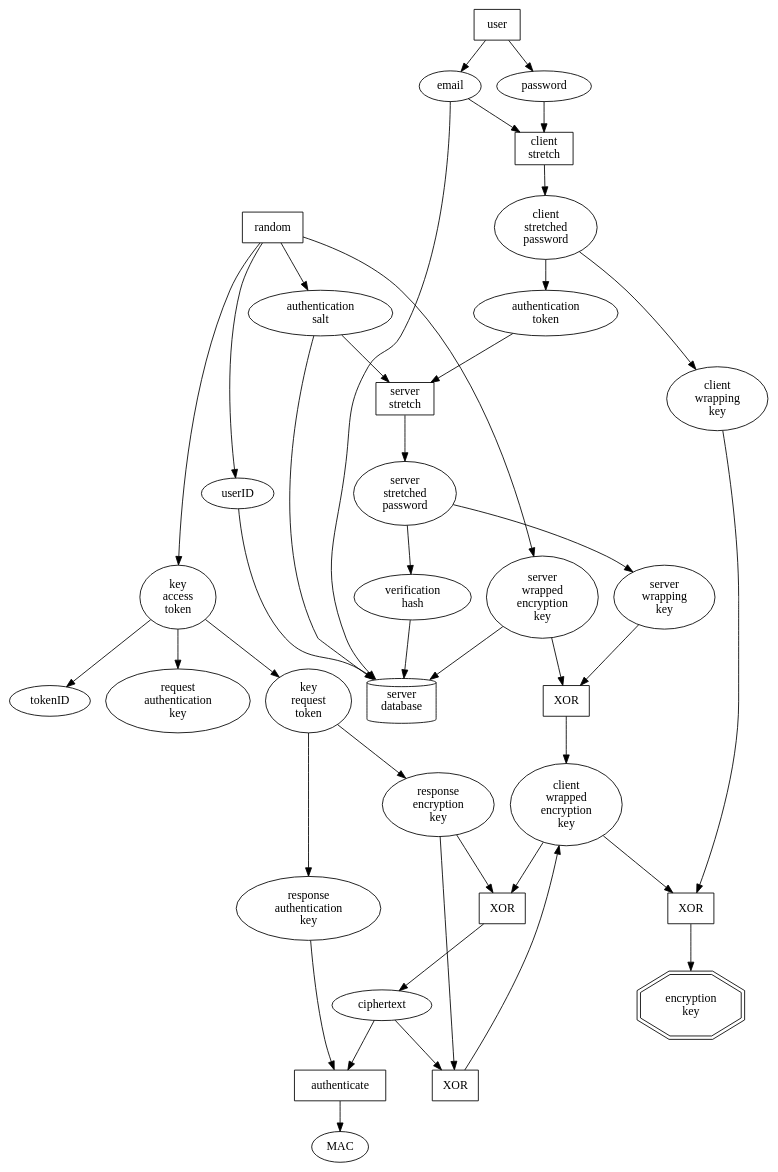
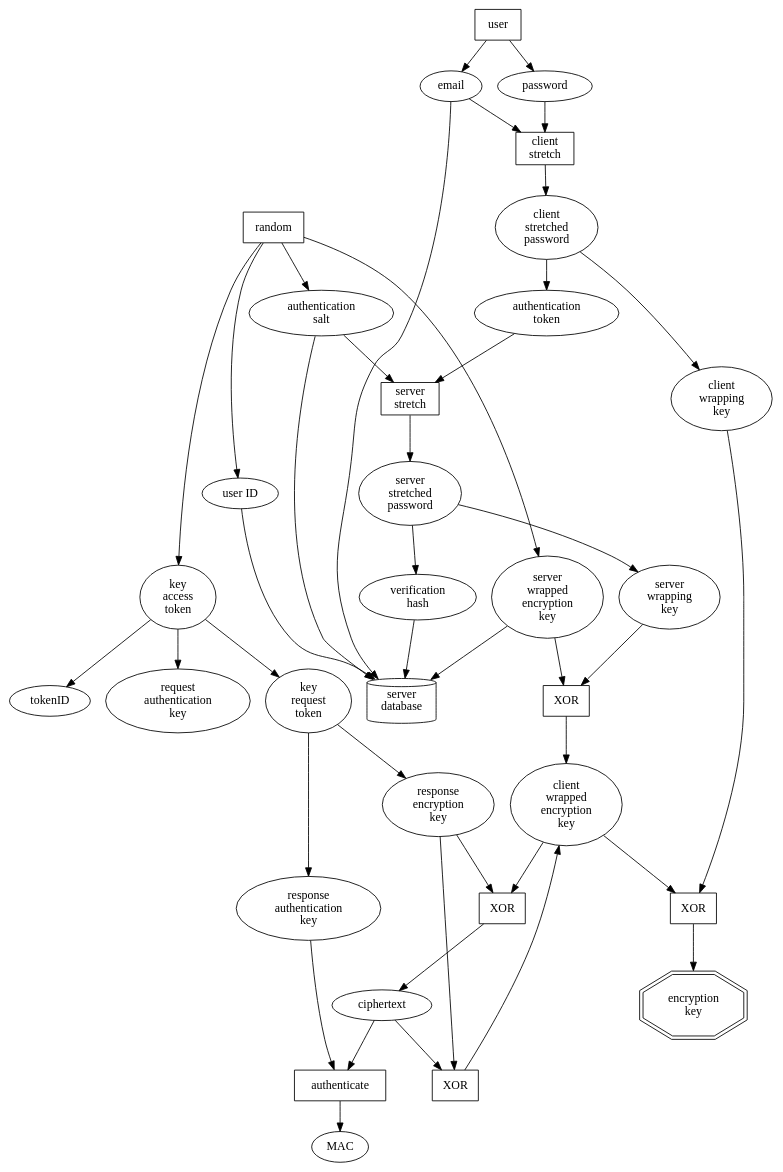
Before and after one commit to kemitchell/keyserver-protocol.js: the diagram in diagram.dot, drawn with Graphviz. The commit also changed 1 other file, not shown here.

Commit message:
Set diagram label for user ID

```diff
--- a/diagram.dot
+++ b/diagram.dot
@@ -1,55 +1,56 @@
 digraph {
   user -> {password, email} -> clientStretch -> clientStretchedPassword;
   user[shape=rect];
   clientStretch[label="client\nstretch"];
   clientStretch[shape=rect];
   clientStretchedPassword -> authenticationToken;
   clientStretchedPassword[label="client\nstretched\npassword"];
 
   random -> authenticationSalt;
   authenticationSalt[label="authentication\nsalt"];
   random[shape=rect];
   {authenticationToken, authenticationSalt} -> serverStretch -> serverStretchedPassword;
   serverStretch[label="server\nstretch"];
   authenticationToken[label="authentication\ntoken"];
   serverStretch[shape=rect];
   serverStretchedPassword -> verificationHash;
   verificationHash[label="verification\nhash"];
   random -> serverWrappedEncryptionKey;
   serverWrappedEncryptionKey[label="server\nwrapped\nencryption\nkey"];
   random -> userID;
+  userID[label="user ID"];
 
   serverStretchedPassword -> serverWrappingKey;
   serverWrappingKey[label="server\nwrapping\nkey"];
   serverStretchedPassword[label="server\nstretched\npassword"];
   {serverWrappingKey, serverWrappedEncryptionKey} -> serverWrappingKeyXOR -> clientWrappedEncryptionKey;
   serverWrappingKeyXOR[label="XOR",shape=rect];
   random -> keyAccessToken;
   keyAccessToken[label="key\naccess\ntoken"];
   keyAccessToken -> tokenID;
   keyAccessToken -> keyRequestToken;
   keyRequestToken[label="key\nrequest\ntoken"];
   keyAccessToken -> requestAuthenticationKey;
   requestAuthenticationKey[label="request\nauthentication\nkey"];
   keyRequestToken -> responseEncryptionKey;
   responseEncryptionKey[label="response\nencryption\nkey"];
   {clientWrappedEncryptionKey, responseEncryptionKey} -> serverEncryptionXOR -> ciphertext;
   clientWrappedEncryptionKey[label="client\nwrapped\nencryption\nkey"];
   serverEncryptionXOR[label="XOR",shape=rect];
   keyRequestToken -> responseAuthenticationKey;
   responseAuthenticationKey[label="response\nauthentication\nkey"];
   {responseAuthenticationKey, ciphertext} -> authenticate -> MAC;
   authenticate[shape=rect];
 
   {ciphertext, responseEncryptionKey} -> clientEncryptionXOR -> clientWrappedEncryptionKey;
   clientEncryptionXOR[shape=rect,label="XOR"];
   clientStretchedPassword -> clientWrappingKey;
   clientWrappingKey[label="client\nwrapping\nkey"];
   {clientWrappedEncryptionKey, clientWrappingKey} -> clientWrappingKeyXOR -> encryptionKey;
   encryptionKey[label="encryption\nkey"];
   encryptionKey[shape=doubleoctagon,height=1,width=1];
   clientWrappingKeyXOR[label="XOR",shape=rect];
 
   serverDatabase[shape=cylinder,label="server\ndatabase"];
   {authenticationSalt, email, userID, serverWrappedEncryptionKey, verificationHash} -> serverDatabase;
 }
```
